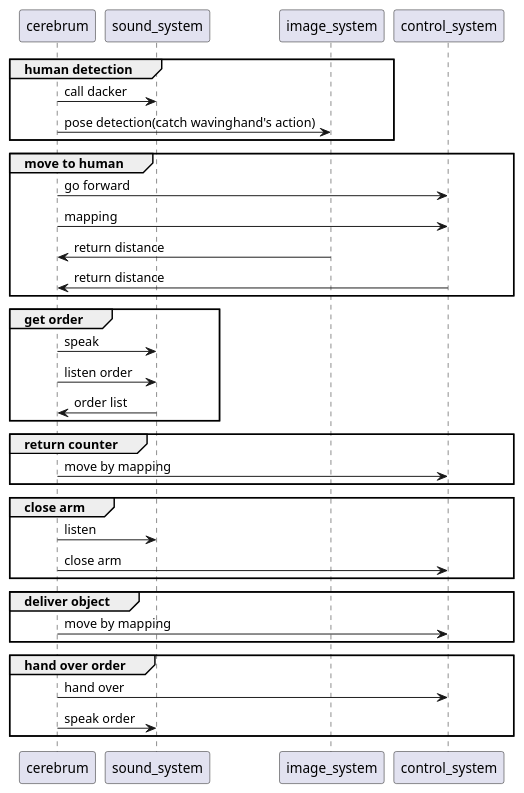
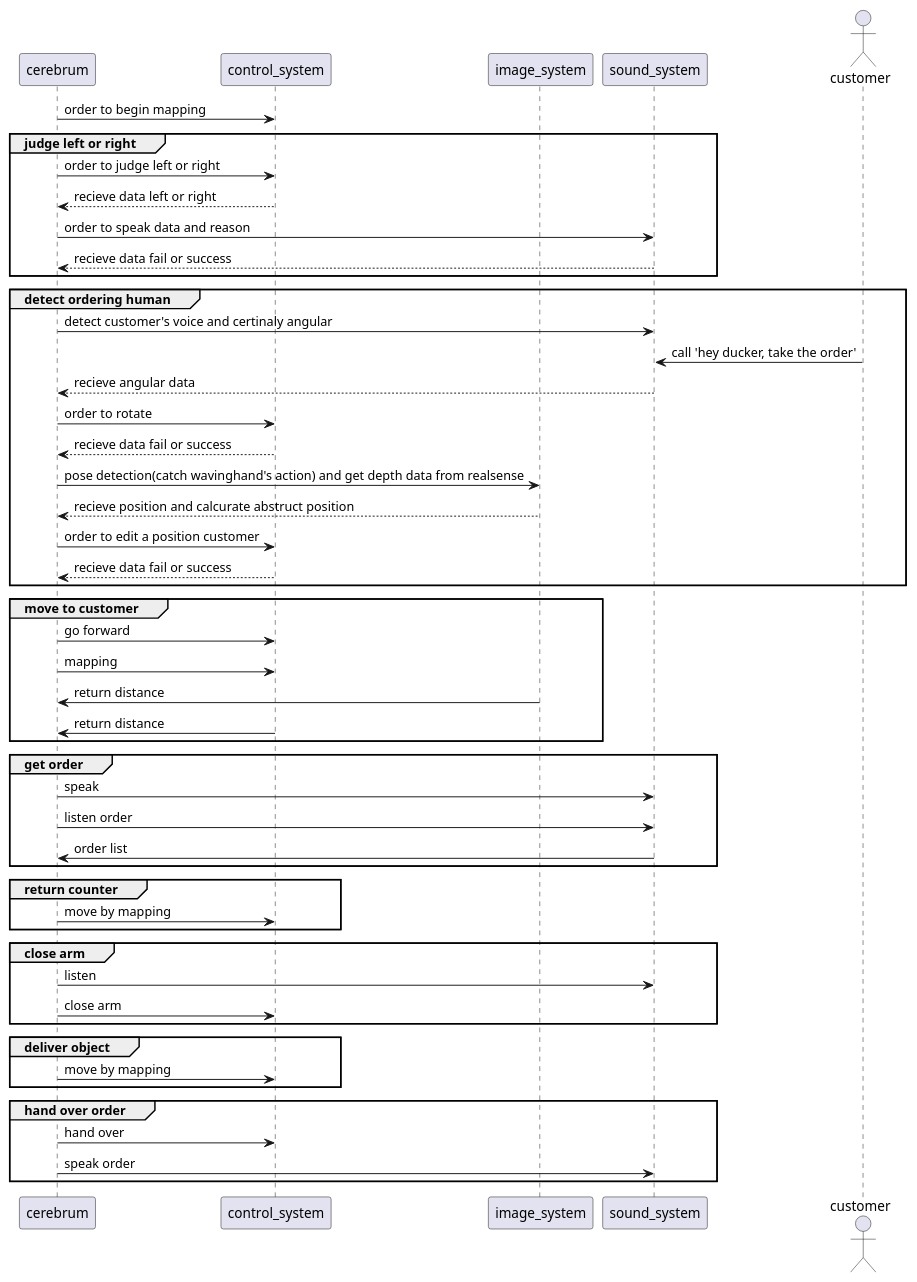
One commit to rionehome/ros_restaurant changed the diagram in test_restaurant.pu. Above: the diagram before and after it, drawn with PlantUML. The commit also changed 1 other file, not shown here.

```diff
--- a/test_restaurant.pu
+++ b/test_restaurant.pu
@@ -1,38 +1,70 @@
 @startuml
-group human detection
-    cerebrum -> sound_system :call dacker
-    cerebrum -> image_system :pose detection(catch wavinghand's action)
+
+participant cerebrum
+participant control_system
+participant image_system
+participant sound_system
+actor customer
+
+
+cerebrum -> control_system: order to begin mapping
+
+group judge left or right
+    cerebrum -> control_system: order to judge left or right
+    control_system --> cerebrum: recieve data left or right
+    cerebrum -> sound_system: order to speak data and reason
+    sound_system --> cerebrum: recieve data fail or success
 end
 
-group move to human
-    cerebrum -> control_system :go forward
-    cerebrum -> control_system : mapping
-    image_system -> cerebrum : return distance 
-    control_system -> cerebrum : return distance
+
+group detect ordering human
+    cerebrum -> sound_system: detect customer's voice and certinaly angular
+    customer -> sound_system: call 'hey ducker, take the order'
+    sound_system --> cerebrum: recieve angular data
+    cerebrum -> control_system: order to rotate
+    control_system --> cerebrum: recieve data fail or success
+    cerebrum -> image_system: pose detection(catch wavinghand's action) and get depth data from realsense
+    image_system --> cerebrum: recieve position and calcurate abstruct position
+    cerebrum -> control_system: order to edit a position customer
+    control_system --> cerebrum: recieve data fail or success
 end
 
-group get order
-cerebrum -> sound_system : speak
-cerebrum -> sound_system :listen order
-sound_system -> cerebrum : order list
+
+group move to customer
+    cerebrum -> control_system: go forward
+    cerebrum -> control_system: mapping
+    image_system -> cerebrum: return distance 
+    control_system -> cerebrum: return distance
 end
 
-group return counter
-cerebrum -> control_system :move by mapping
+
+group get order
+    cerebrum -> sound_system: speak
+    cerebrum -> sound_system: listen order
+    sound_system -> cerebrum: order list
 end
 
-group close arm
-cerebrum ->sound_system : listen
-cerebrum ->control_system : close arm
+
+group return counter
+    cerebrum -> control_system :move by mapping
 end
 
-group deliver object
-cerebrum -> control_system :move by mapping
+
+group close arm
+    cerebrum ->sound_system : listen
+    cerebrum ->control_system : close arm
 end
 
-group hand over order
-cerebrum -> control_system : hand over
-cerebrum -> sound_system : speak order 
+
+group deliver object
+    cerebrum -> control_system :move by mapping
 end
 
+
+group hand over order
+    cerebrum -> control_system : hand over
+    cerebrum -> sound_system : speak order 
+end
+
+
 @enduml
```
